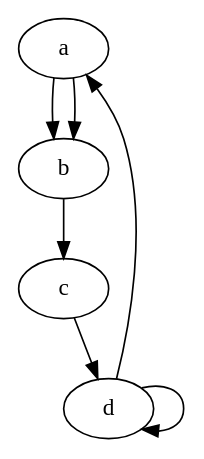
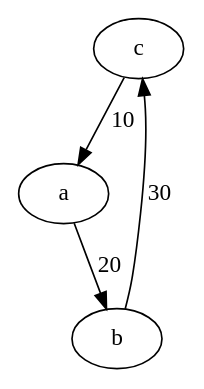
Before and after one commit to Vadim200116/DZ_2-3_graph: the diagram in graph.dot, drawn with Graphviz. The commit also changed 2 other files, not shown here.

```diff
--- a/graph.dot
+++ b/graph.dot
@@ -1,2 +1,5 @@
 digraph Test {
-a -> b c -> d b -> c d -> a d -> d a -> b }
+c -> a [label= 10] 
+a -> b [label= 20] 
+b -> c [label= 30] 
+}
```
